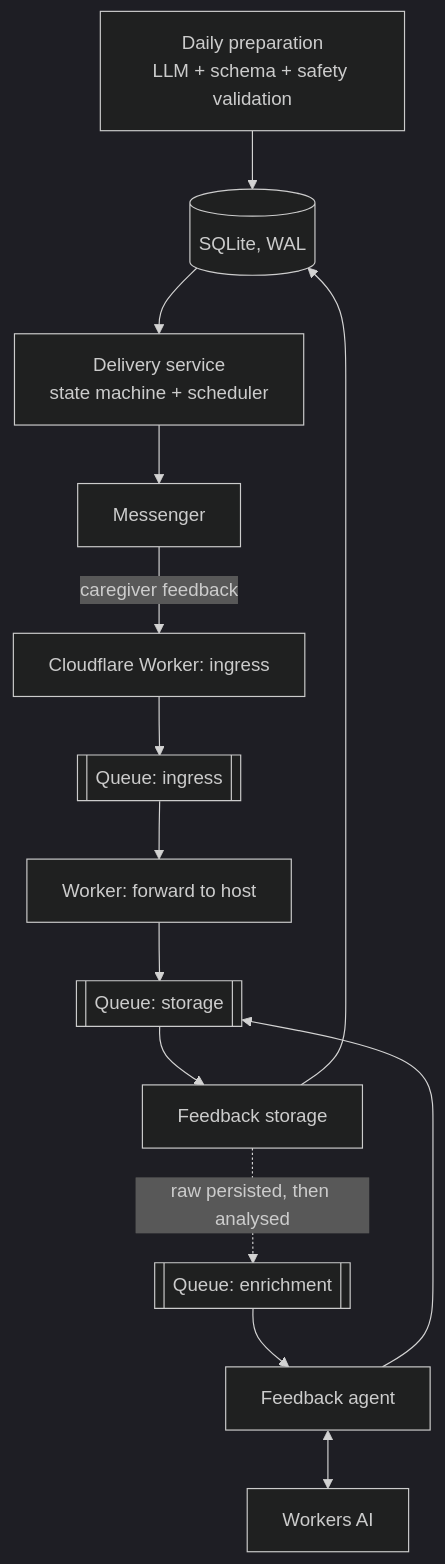
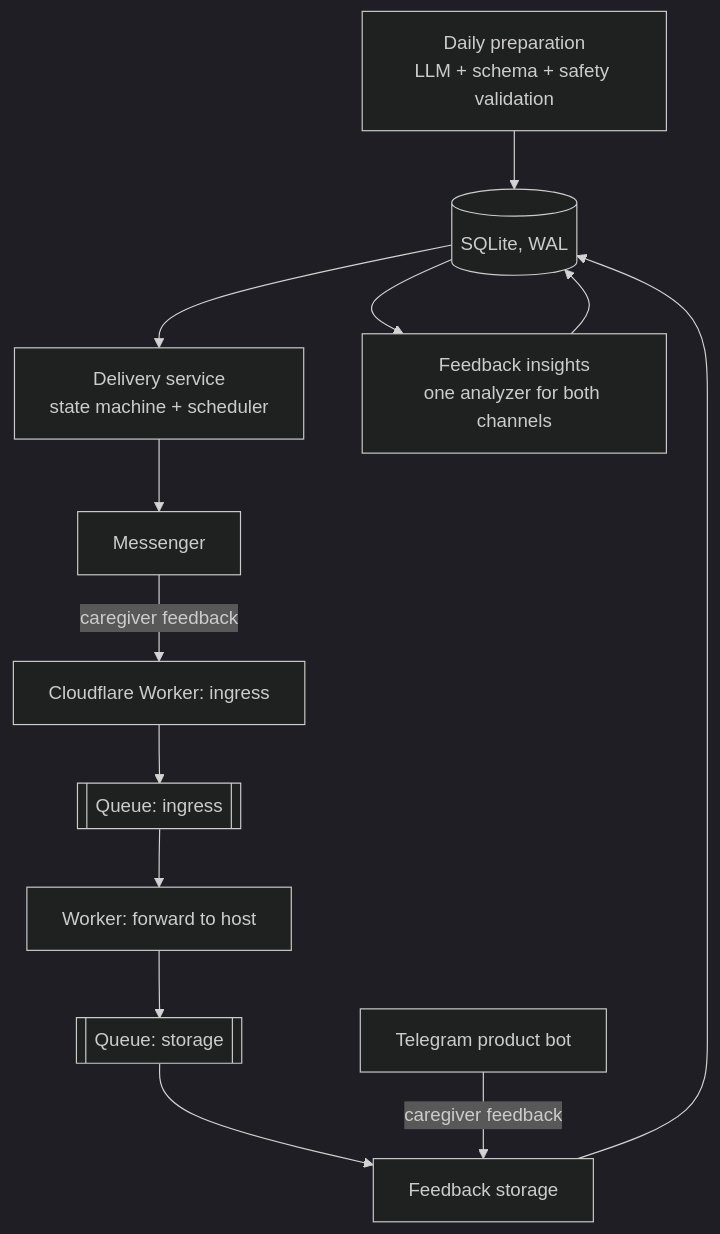
Before and after one commit to LukshinVI/game-of-the-day: the diagram in README.md, drawn with Mermaid (dark theme). The commit also changed other lines of this file and 47 other files, not shown here.

First line of the commit message:
One feedback analyzer for both channels

````diff
--- a/README.md
+++ b/README.md
@@ -33,15 +33,14 @@
 ```mermaid
 flowchart TD
     P[Daily preparation<br/>LLM + schema + safety validation] --> DB[(SQLite, WAL)]
     DB --> D[Delivery service<br/>state machine + scheduler]
     D --> CH[Messenger]
     CH -->|caregiver feedback| W[Cloudflare Worker: ingress]
     W --> QA[[Queue: ingress]]
     QA --> W2[Worker: forward to host]
     W2 --> QB[[Queue: storage]]
     QB --> STORE[Feedback storage] --> DB
-    STORE -. raw persisted, then analysed .-> QC[[Queue: enrichment]]
-    QC --> F[Feedback agent]
-    F <--> AI[Workers AI]
-    F --> QB
+    TG[Telegram product bot] -->|caregiver feedback| STORE
+    DB --> INS[Feedback insights<br/>one analyzer for both channels]
+    INS --> DB
 ```
````
